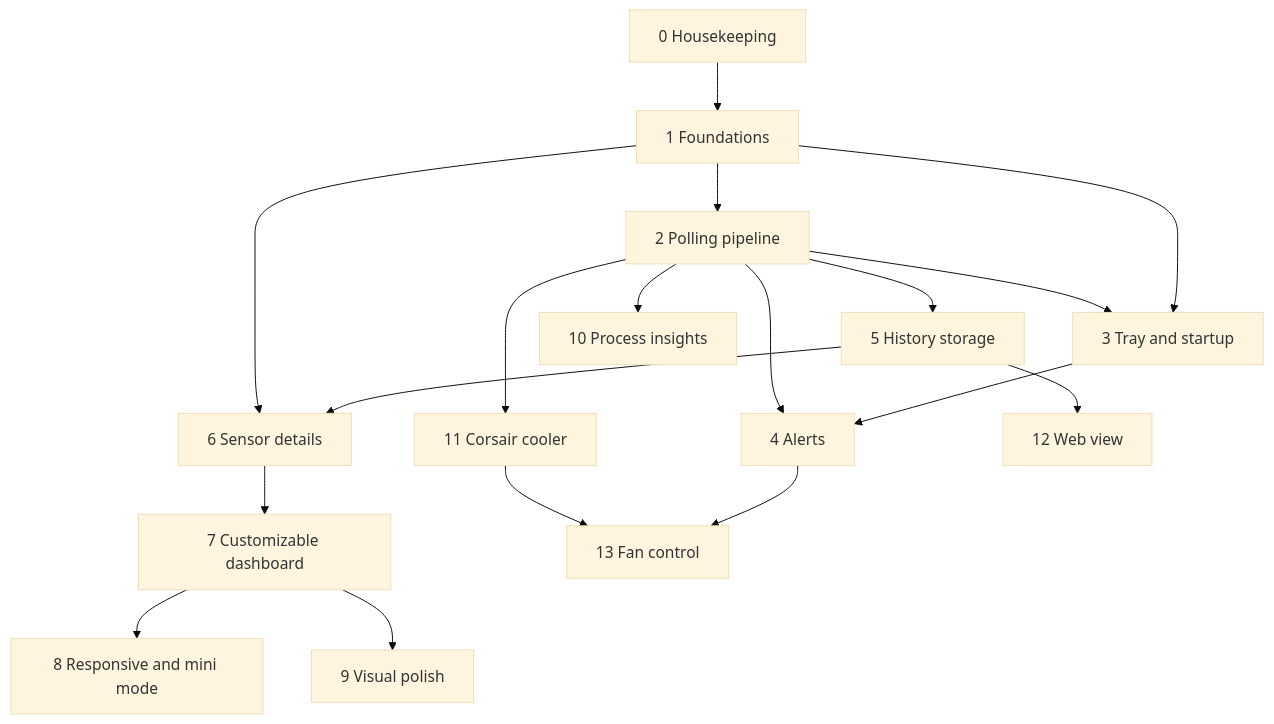
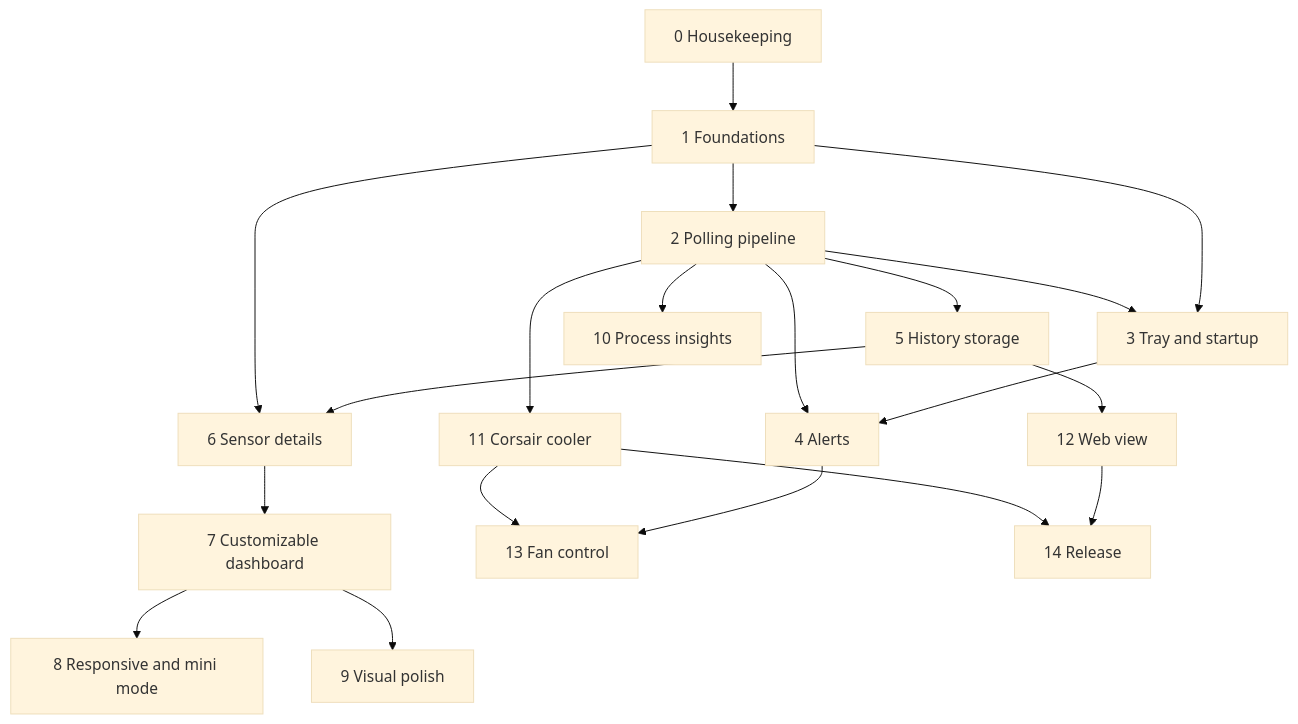
Before and after one commit to pulsar-a/pulse-app: the diagram in docs/plans/README.md, drawn with Mermaid (base theme). The commit also changed other lines of this file and 1 other file, not shown here.

Commit message:
docs: plan step 14, release and distribution

````diff
--- a/docs/plans/README.md
+++ b/docs/plans/README.md
@@ -31,20 +32,22 @@
 ```mermaid
 graph TD
     S0[0 Housekeeping] --> S1[1 Foundations]
     S1 --> S2[2 Polling pipeline]
     S1 --> S3[3 Tray and startup]
     S2 --> S3
     S3 --> S4[4 Alerts]
     S2 --> S4
     S2 --> S5[5 History storage]
     S5 --> S6[6 Sensor details]
     S1 --> S6
     S6 --> S7[7 Customizable dashboard]
     S7 --> S8[8 Responsive and mini mode]
     S7 --> S9[9 Visual polish]
     S2 --> S10[10 Process insights]
     S2 --> S11[11 Corsair cooler]
     S5 --> S12[12 Web view]
     S4 --> S13[13 Fan control]
     S11 --> S13
+    S12 --> S14[14 Release]
+    S11 --> S14
 ```
````
